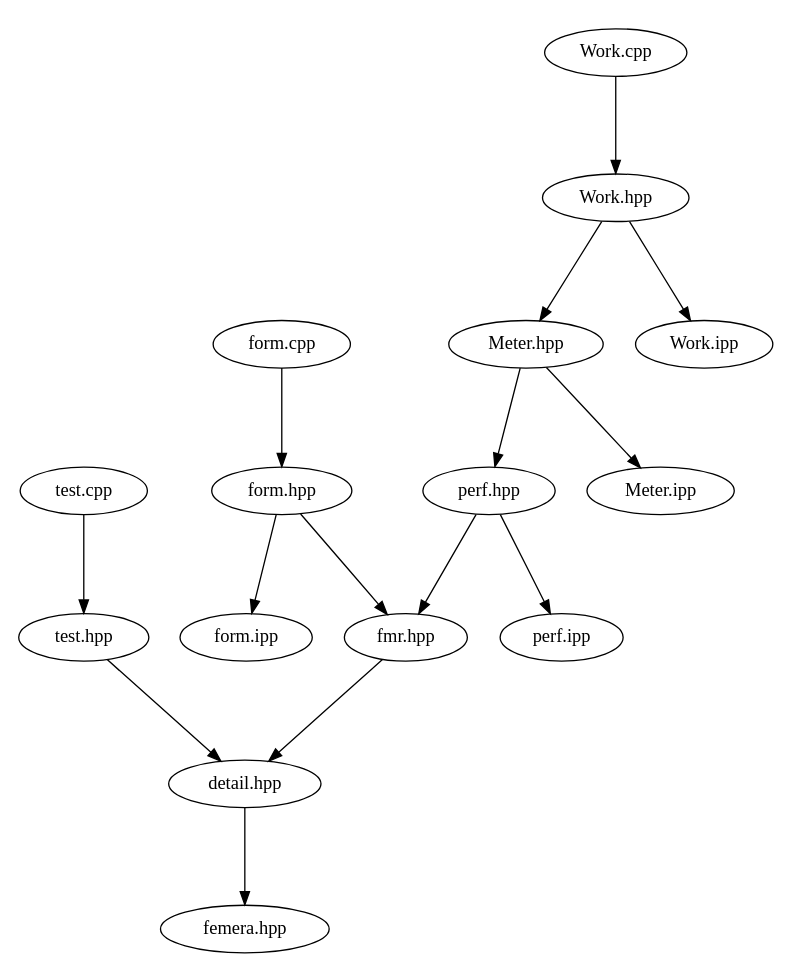
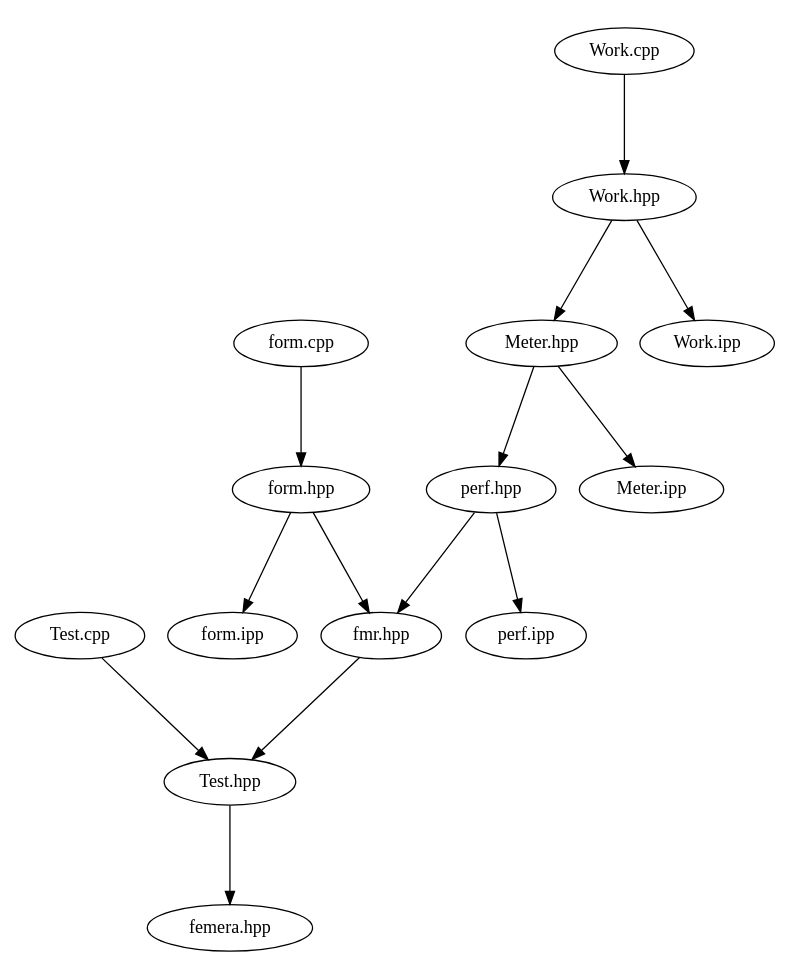
One commit to waggyz/femera-mini-app changed the diagram in src/docs/src-notest.dot. Above: the diagram before and after it, drawn with Graphviz. The commit also changed 14 other files, not shown here.

```diff
--- a/src/docs/src-notest.dot
+++ b/src/docs/src-notest.dot
@@ -1,22 +1,21 @@
 digraph "source tree" {
     overlap=scale;
     size="8,10";
     ratio="fill";
     fontsize="16";
     fontname="Helvetica";
 	clusterrank="local";
 	"Meter.hpp" -> "perf.hpp"
 	"perf.hpp" -> "fmr.hpp"
-	"test.cpp" -> "test.hpp"
 	"Work.hpp" -> "Work.ipp"
+	"fmr.hpp" -> "Test.hpp"
 	"form.cpp" -> "form.hpp"
+	"Test.hpp" -> "femera.hpp"
 	"perf.hpp" -> "perf.ipp"
 	"form.hpp" -> "fmr.hpp"
 	"form.hpp" -> "form.ipp"
-	"detail.hpp" -> "femera.hpp"
+	"Work.cpp" -> "Work.hpp"
 	"Work.hpp" -> "Meter.hpp"
-	"Work.cpp" -> "Work.hpp"
-	"test.hpp" -> "detail.hpp"
+	"Test.cpp" -> "Test.hpp"
 	"Meter.hpp" -> "Meter.ipp"
-	"fmr.hpp" -> "detail.hpp"
 }
```
